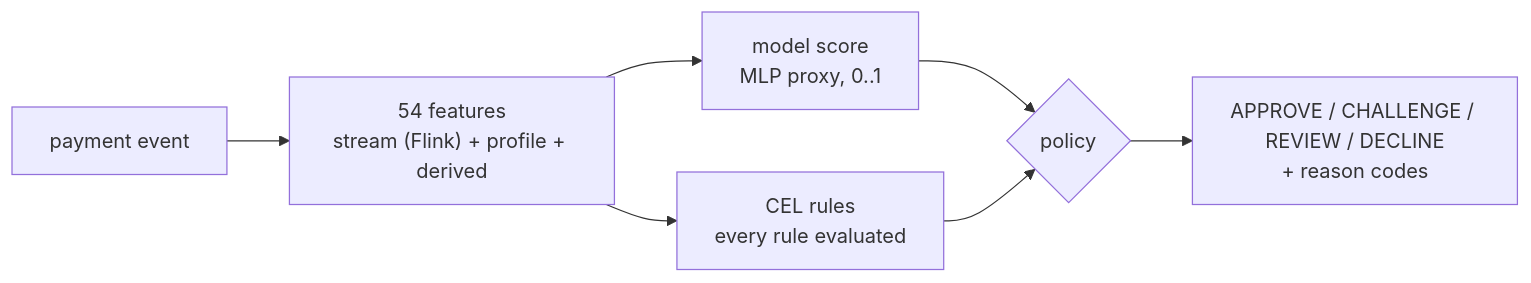
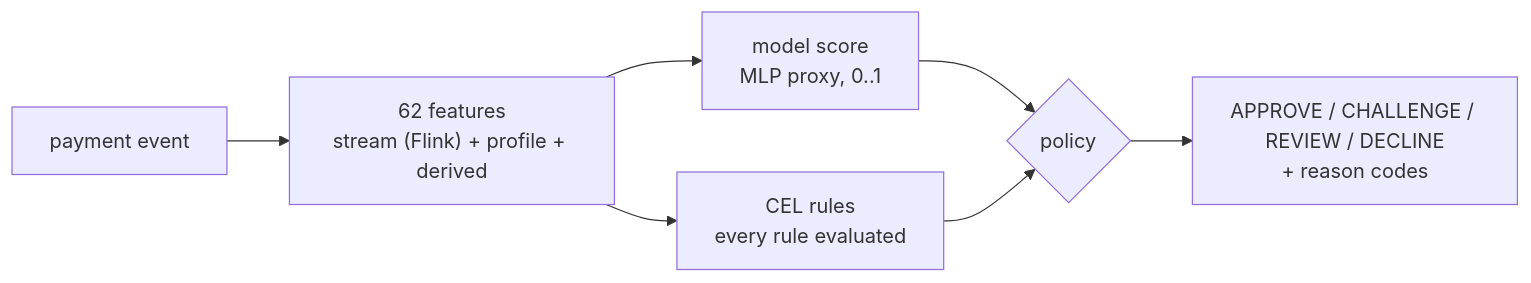
One commit to rkrumins/realy changed the diagram in docs/fraud-detection.md. Above: the diagram before and after it, drawn with Mermaid. The commit also changed other lines of this file and 40 other files, not shown here.

````diff
--- a/docs/fraud-detection.md
+++ b/docs/fraud-detection.md
@@ -12,9 +12,9 @@
 ```mermaid
 flowchart LR
-  E["payment event"] --> F["54 features<br/>stream (Flink) + profile + derived"]
+  E["payment event"] --> F["62 features<br/>stream (Flink) + profile + derived"]
   F --> M["model score<br/>MLP proxy, 0..1"]
   F --> R["CEL rules<br/>every rule evaluated"]
   M --> P{"policy"}
   R --> P
   P --> O["APPROVE / CHALLENGE / REVIEW / DECLINE<br/>+ reason codes"]
 ```
````
